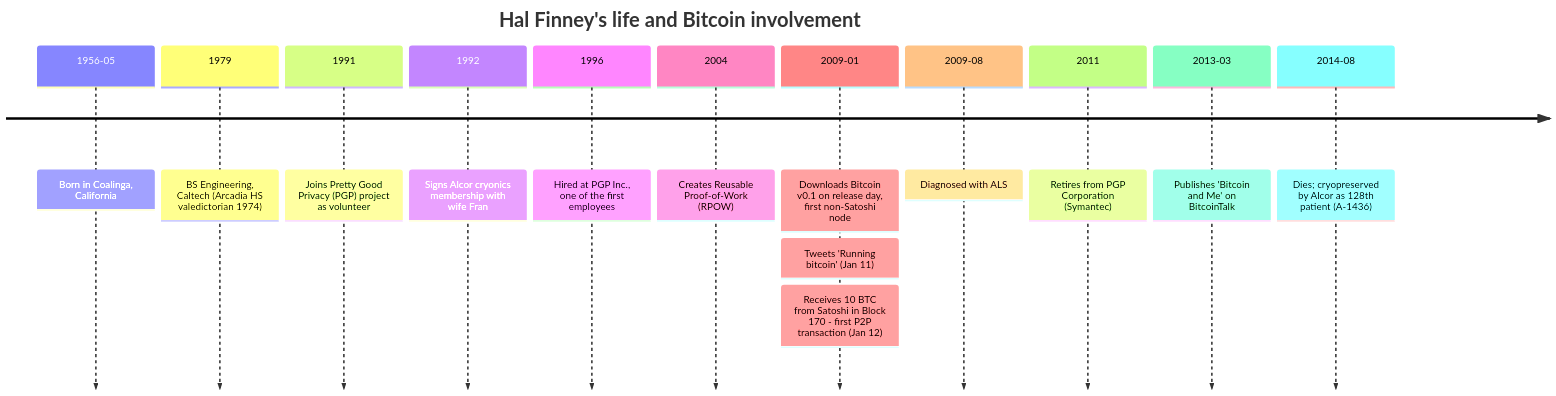
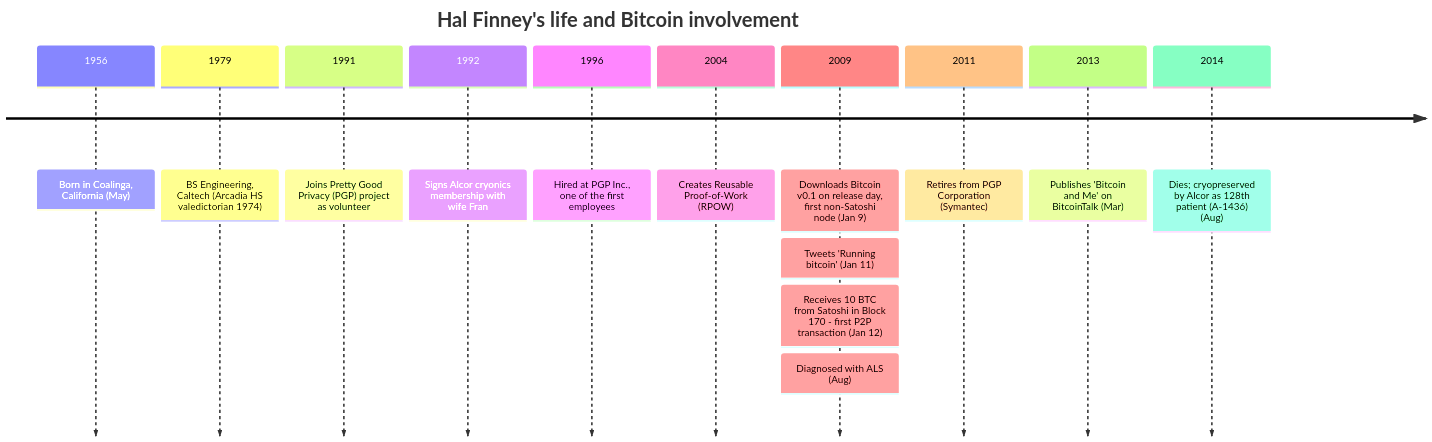
Before and after one commit to cypher256/BitcoinArchive: the diagram in src/data/entries/en/aftermath/2014-08-28-hal-finney-biography.md, drawn with Mermaid. The commit also changed 29 other files, not shown here.

````diff
--- a/src/data/entries/en/aftermath/2014-08-28-hal-finney-biography.md
+++ b/src/data/entries/en/aftermath/2014-08-28-hal-finney-biography.md
@@ -61,17 +61,17 @@
 ```mermaid
 timeline
     title Hal Finney's life and Bitcoin involvement
-    1956-05 : Born in Coalinga, California
+    1956 : Born in Coalinga, California (May)
     1979 : BS Engineering, Caltech (Arcadia HS valedictorian 1974)
     1991 : Joins Pretty Good Privacy (PGP) project as volunteer
     1992 : Signs Alcor cryonics membership with wife Fran
     1996 : Hired at PGP Inc., one of the first employees
     2004 : Creates Reusable Proof-of-Work (RPOW)
-    2009-01 : Downloads Bitcoin v0.1 on release day, first non-Satoshi node
-            : Tweets 'Running bitcoin' (Jan 11)
-            : Receives 10 BTC from Satoshi in Block 170 - first P2P transaction (Jan 12)
-    2009-08 : Diagnosed with ALS
+    2009 : Downloads Bitcoin v0.1 on release day, first non-Satoshi node (Jan 9)
+         : Tweets 'Running bitcoin' (Jan 11)
+         : Receives 10 BTC from Satoshi in Block 170 - first P2P transaction (Jan 12)
+         : Diagnosed with ALS (Aug)
     2011 : Retires from PGP Corporation (Symantec)
-    2013-03 : Publishes 'Bitcoin and Me' on BitcoinTalk
-    2014-08 : Dies; cryopreserved by Alcor as 128th patient (A-1436)
+    2013 : Publishes 'Bitcoin and Me' on BitcoinTalk (Mar)
+    2014 : Dies; cryopreserved by Alcor as 128th patient (A-1436) (Aug)
 ```
````
